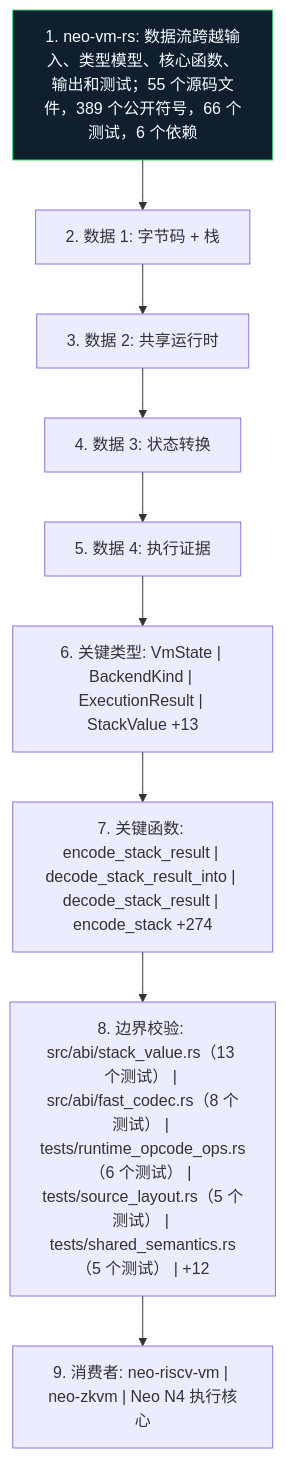
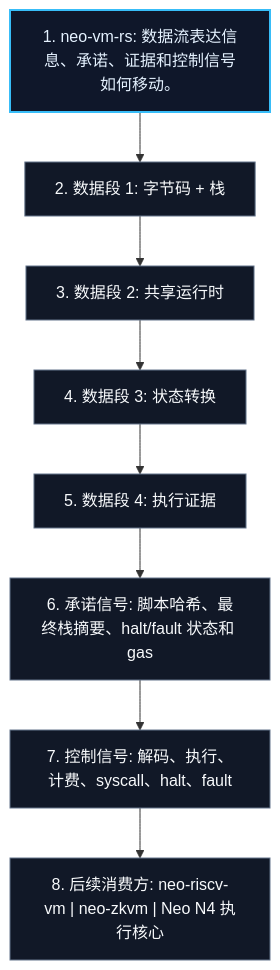
One commit to r3e-network/neo-vm-rs changed the diagram in docs/figures/dataflow.zh.mmd. Above: the diagram before and after it, drawn with Mermaid. The commit also changed 63 other files, not shown here.

Commit message:
Replace crate diagrams with technical views

```diff
--- a/docs/figures/dataflow.zh.mmd
+++ b/docs/figures/dataflow.zh.mmd
@@ -1,20 +1,20 @@
 flowchart TB
-    N1["1. neo-vm-rs: 数据流跨越输入、类型模型、核心函数、输出和测试；55 个源码文件，389 个公开符号，66 个测试，6 个依赖"]
-    N2["2. 数据 1: 字节码 + 栈"]
-    N3["3. 数据 2: 共享运行时"]
-    N4["4. 数据 3: 状态转换"]
-    N5["5. 数据 4: 执行证据"]
-    N6["6. 关键类型: VmState | BackendKind | ExecutionResult | StackValue +13"]
-    N7["7. 关键函数: encode_stack_result | decode_stack_result_into | decode_stack_result | encode_stack +274"]
-    N8["8. 边界校验: src/abi/stack_value.rs（13 个测试） | src/abi/fast_codec.rs（8 个测试） | tests/runtime_opcode_ops.rs（6 个测试） | tests/source_layout.rs（5 个测试） | tests/shared_semantics.rs（5 个测试） | +12"]
-    N9["9. 消费者: neo-riscv-vm | neo-zkvm | Neo N4 执行核心"]
+    N1["1. neo-vm-rs: 数据流表达信息、承诺、证据和控制信号如何移动。"]
+    N2["2. 数据段 1: 字节码 + 栈"]
+    N3["3. 数据段 2: 共享运行时"]
+    N4["4. 数据段 3: 状态转换"]
+    N5["5. 数据段 4: 执行证据"]
+    N6["6. 承诺信号: 脚本哈希、最终栈摘要、halt/fault 状态和 gas"]
+    N7["7. 控制信号: 解码、执行、计费、syscall、halt、fault"]
+    N8["8. 后续消费方: neo-riscv-vm | neo-zkvm | Neo N4 执行核心"]
     N1 --> N2
     N2 --> N3
     N3 --> N4
     N4 --> N5
     N5 --> N6
     N6 --> N7
     N7 --> N8
-    N8 --> N9
-    classDef crate fill:#101f2d,stroke:#38d978,color:#f6fbff
-    class N1 crate
+    classDef core fill:#0f172a,stroke:#38bdf8,color:#e5f2ff,stroke-width:2px;
+    classDef support fill:#111827,stroke:#64748b,color:#f8fafc;
+    class N1 core;
+    class N2,N3,N4,N5,N6,N7,N8 support;
```
